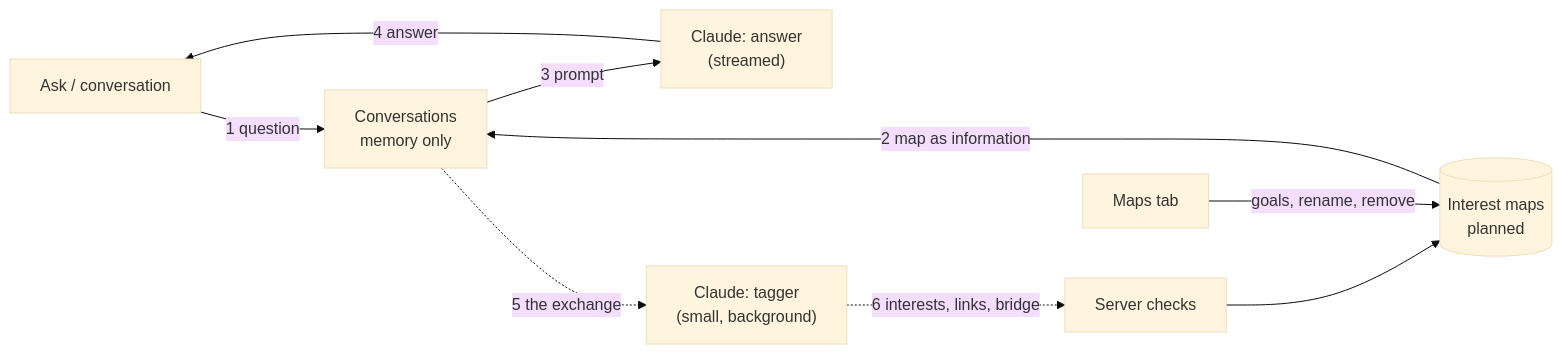
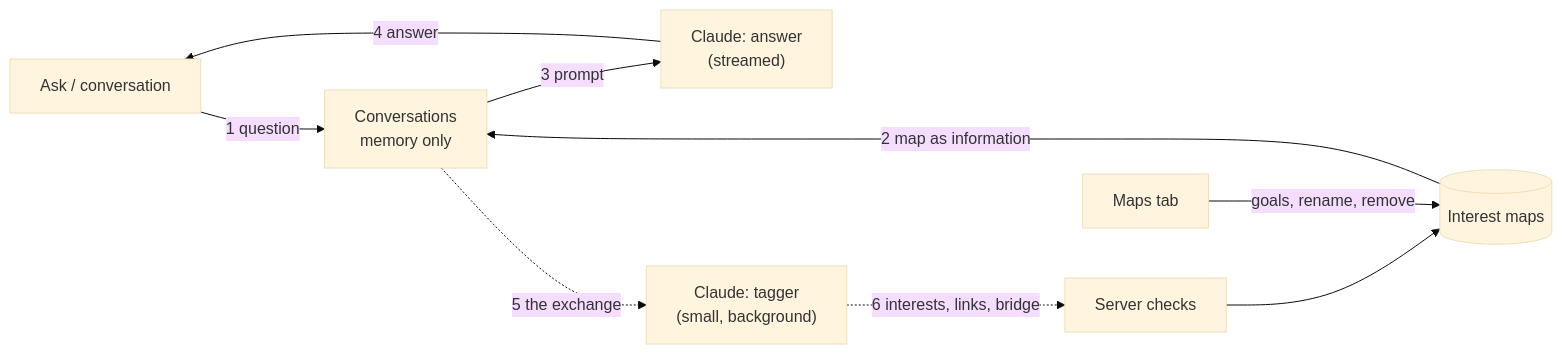
One commit to torenunez/lerni changed the second of 2 diagrams in docs/ARCHITECTURE.md. Above: the diagram before and after it, drawn with Mermaid (base theme). The commit also changed other lines of this file and 10 other files, not shown here.

Commit message:
lerni logs, tagger evals, and docs for the interest map

````diff
--- a/docs/ARCHITECTURE.md
+++ b/docs/ARCHITECTURE.md
@@ -38,10 +37,10 @@
 ```mermaid
 flowchart LR
     screen["Ask / conversation"] -- "1 question" --> convo["Conversations<br/>memory only"]
-    maps[("Interest maps<br/>planned")] -- "2 map as information" --> convo
+    maps[("Interest maps")] -- "2 map as information" --> convo
     convo -- "3 prompt" --> claude["Claude: answer<br/>(streamed)"]
     claude -- "4 answer" --> screen
     convo -. "5 the exchange" .-> tagger["Claude: tagger<br/>(small, background)"]
     tagger -. "6 interests, links, bridge" .-> check["Server checks"] --> maps
     edev["Maps tab"] -- "goals, rename, remove" --> maps
 ```
````
